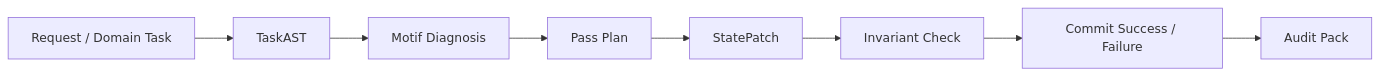
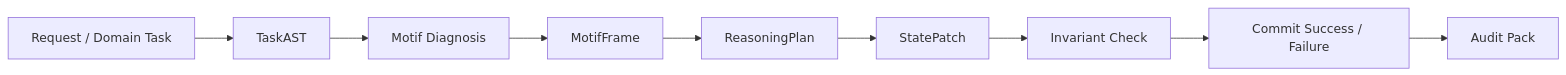
Before and after one commit to nikitph/MotifVM: the diagram in README.md, drawn with Mermaid. The commit also changed other lines of this file and 16 other files, not shown here.

````diff
--- a/README.md
+++ b/README.md
@@ -22,10 +22,11 @@
 ```mermaid
 flowchart LR
   Request["Request / Domain Task"] --> TaskAST["TaskAST"]
   TaskAST --> Motif["Motif Diagnosis"]
-  Motif --> Plan["Pass Plan"]
+  Motif --> Frame["MotifFrame"]
+  Frame --> Plan["ReasoningPlan"]
   Plan --> Patch["StatePatch"]
   Patch --> Invariants["Invariant Check"]
   Invariants --> Commit["Commit Success / Failure"]
   Commit --> Pack["Audit Pack"]
 ```
````
